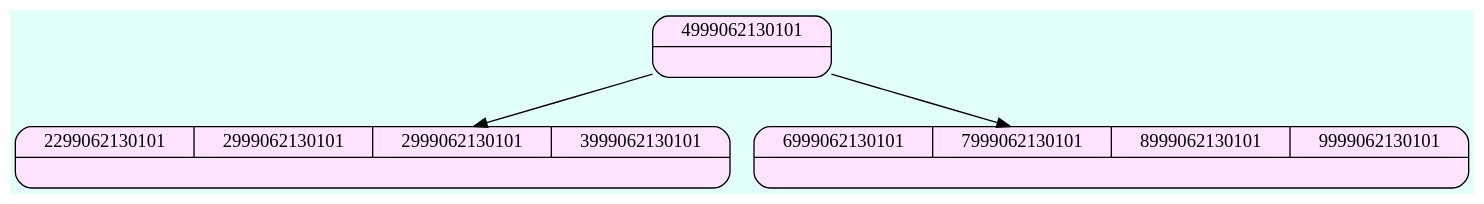
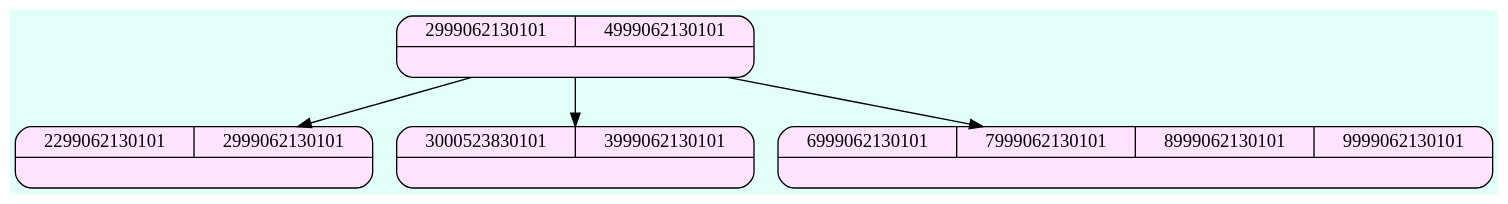
The diagram in FASE 2/Grafico/Admin_Btree_Clients.dot (Serch-ING/EDD_UDRAWING_202000119), drawn with Graphviz before and after one commit. The commit also changed 4 other files, not shown here.

```diff
--- a/FASE 2/Grafico/Admin_Btree_Clients.dot
+++ b/FASE 2/Grafico/Admin_Btree_Clients.dot
@@ -1,10 +1,12 @@
 digraph structs {
   bgcolor = "#E3FFFA"
  node [shape=Mrecord fillcolor="#FFE3FF" style =filled];
-struct1185476560[label="{{4999062130101}|<here>}"];
-struct1538651743[label="{{2299062130101| 2999062130101| 2999062130101| 3999062130101}|<here>}"];
-struct978964971[label="{{6999062130101| 7999062130101| 8999062130101| 9999062130101}|<here>}"];
+struct377908872[label="{{2999062130101| 4999062130101}|<here>}"];
+struct443185546[label="{{2299062130101| 2999062130101}|<here>}"];
+struct1960816013[label="{{3000523830101| 3999062130101}|<here>}"];
+struct239528265[label="{{6999062130101| 7999062130101| 8999062130101| 9999062130101}|<here>}"];
 
-struct1185476560->struct1538651743;
-struct1185476560->struct978964971;
+struct377908872->struct443185546;
+struct377908872->struct1960816013;
+struct377908872->struct239528265;
 }
```
